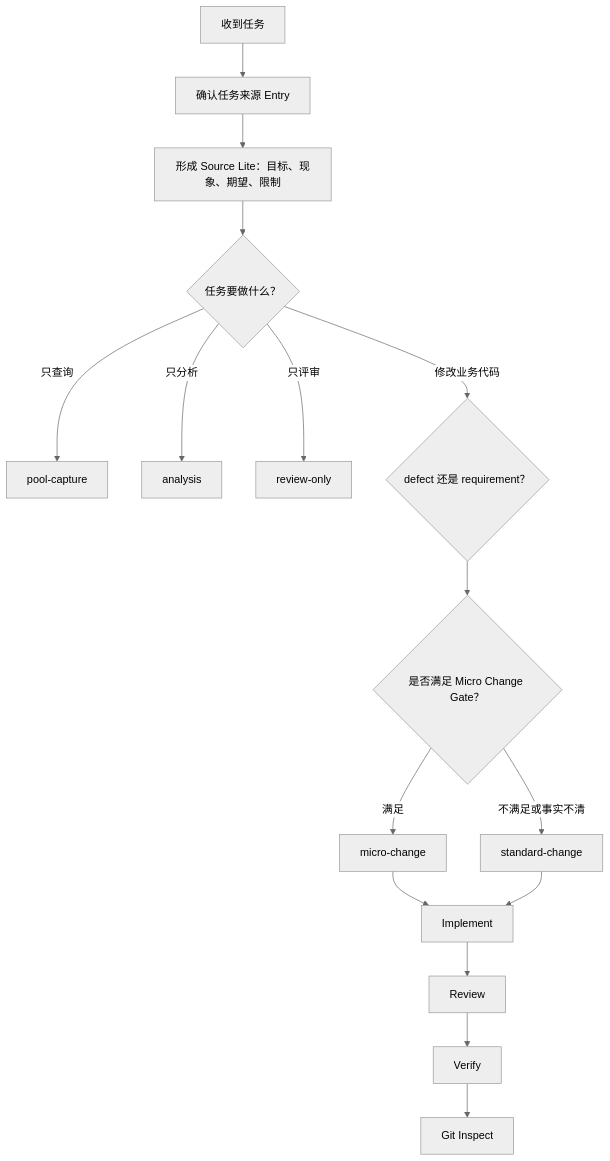
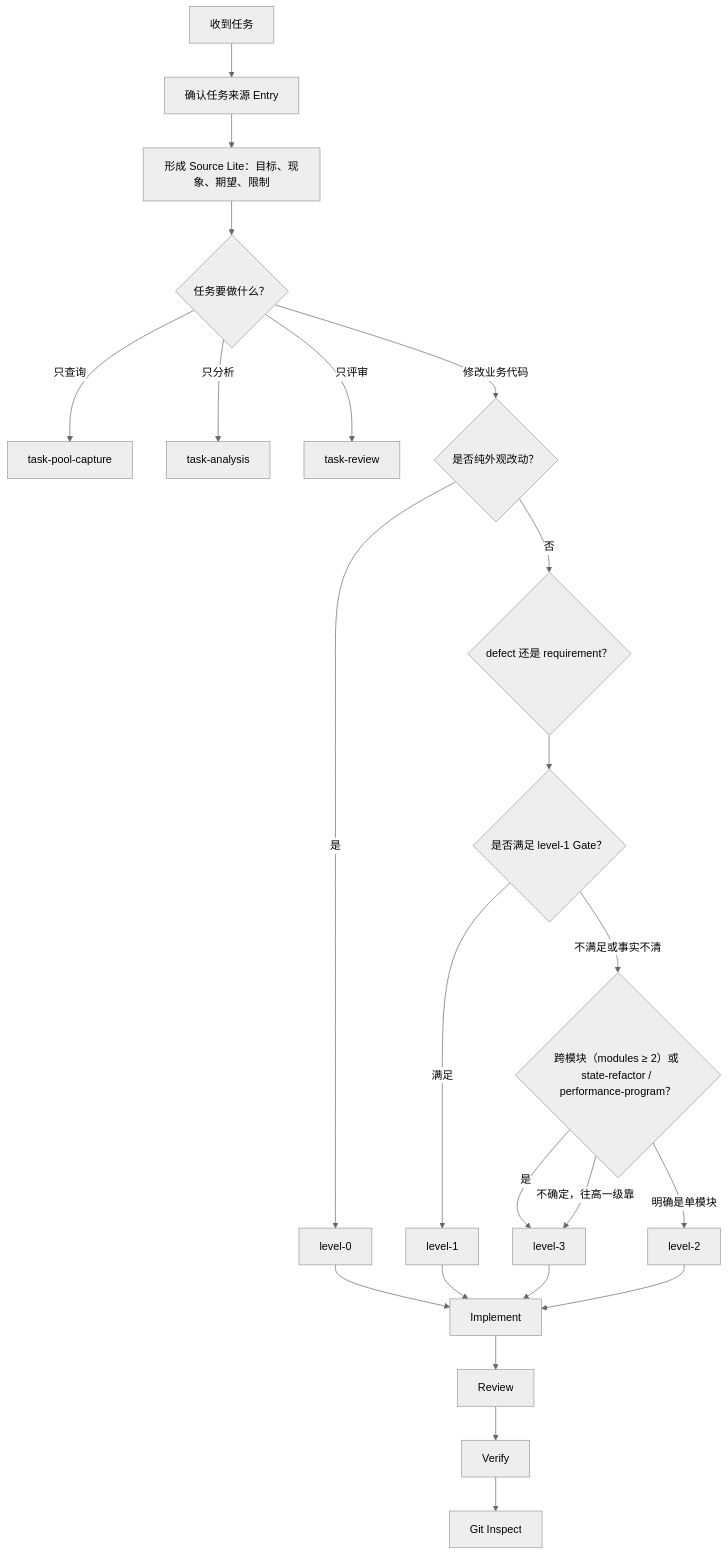
Before and after one commit to gk0919/agent-workflow: the diagram in docs/BEGINNER-GUIDE.md, drawn with Mermaid (neutral theme). The commit also changed other lines of this file and 65 other files, not shown here.

````diff
--- a/docs/BEGINNER-GUIDE.md
+++ b/docs/BEGINNER-GUIDE.md
@@ -13,18 +13,25 @@
 ```mermaid
 flowchart TD
     A["收到任务"] --> B["确认任务来源 Entry"]
     B --> C["形成 Source Lite：目标、现象、期望、限制"]
     C --> D{"任务要做什么？"}
-    D -->|"只查询"| E["pool-capture"]
-    D -->|"只分析"| F["analysis"]
-    D -->|"只评审"| G["review-only"]
-    D -->|"修改业务代码"| H{"defect 还是 requirement？"}
-    H --> I{"是否满足 Micro Change Gate？"}
-    I -->|"满足"| J["micro-change"]
-    I -->|"不满足或事实不清"| K["standard-change"]
-    J --> L["Implement"]
+    D -->|"只查询"| E["task-pool-capture"]
+    D -->|"只分析"| F["task-analysis"]
+    D -->|"只评审"| G["task-review"]
+    D -->|"修改业务代码"| H{"是否纯外观改动？"}
+    H -->|"是"| J0["level-0"]
+    H -->|"否"| H2{"defect 还是 requirement？"}
+    H2 --> I{"是否满足 level-1 Gate？"}
+    I -->|"满足"| J["level-1"]
+    I -->|"不满足或事实不清"| I3{"跨模块（modules ≥ 2）或 state-refactor / performance-program？"}
+    I3 -->|"是"| J3["level-3"]
+    I3 -->|"明确是单模块"| K["level-2"]
+    I3 -->|"不确定，往高一级靠"| J3
+    J0 --> L["Implement"]
+    J --> L
+    J3 --> L
     K --> L
     L --> M["Review"]
     M --> N["Verify"]
     N --> O["Git Inspect"]
 ```
````
